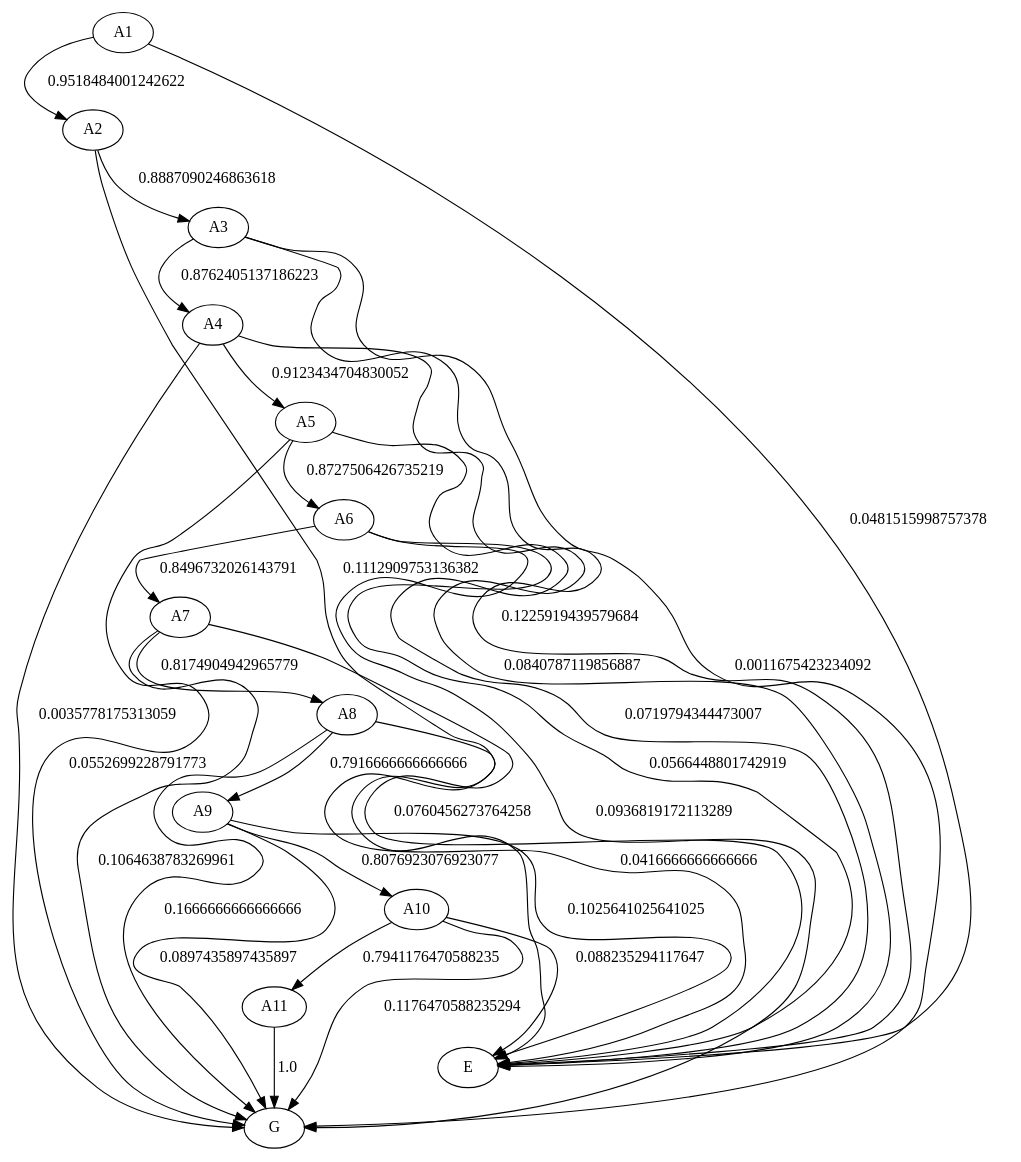
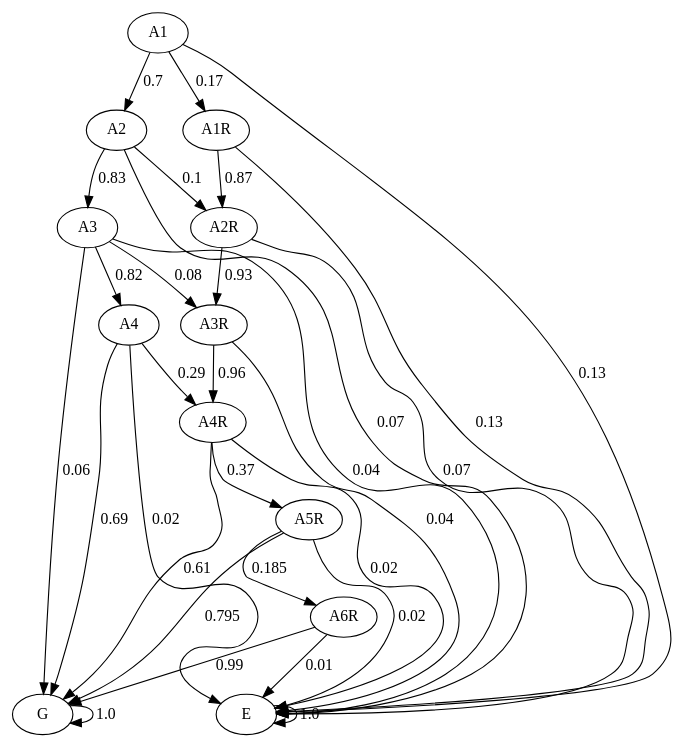
The diagram in graph/markov.dot (JulianaFerreira/educacao), drawn with Graphviz before and after one commit. The commit also changed 7 other files, not shown here.

```diff
--- a/graph/markov.dot
+++ b/graph/markov.dot
@@ -1,44 +1,43 @@
 digraph  {
 A1;
 A2;
 A3;
 A4;
-A5;
-A6;
-A7;
-A8;
-A9;
-A10;
-A11;
+A1R;
+A2R;
+A3R;
+A4R;
+A5R;
+A6R;
 G;
 E;
-A1 -> A2  [key=0, label="0.9518484001242622", weight="0.9518484001242622"];
-A1 -> E  [key=0, label="0.0481515998757378", weight="0.0481515998757378"];
-A2 -> A3  [key=0, label="0.8887090246863618", weight="0.8887090246863618"];
-A2 -> E  [key=0, label="0.1112909753136382", weight="0.1112909753136382"];
-A3 -> A4  [key=0, label="0.8762405137186223", weight="0.8762405137186223"];
-A3 -> G  [key=0, label="0.0011675423234092", weight="0.0011675423234092"];
-A3 -> E  [key=0, label="0.1225919439579684", weight="0.1225919439579684"];
-A4 -> A5  [key=0, label="0.9123434704830052", weight="0.9123434704830052"];
-A4 -> G  [key=0, label="0.0035778175313059", weight="0.0035778175313059"];
-A4 -> E  [key=0, label="0.0840787119856887", weight="0.0840787119856887"];
-A5 -> A6  [key=0, label="0.8727506426735219", weight="0.8727506426735219"];
-A5 -> G  [key=0, label="0.0552699228791773", weight="0.0552699228791773"];
-A5 -> E  [key=0, label="0.0719794344473007", weight="0.0719794344473007"];
-A6 -> A7  [key=0, label="0.8496732026143791", weight="0.8496732026143791"];
-A6 -> G  [key=0, label="0.0936819172113289", weight="0.0936819172113289"];
-A6 -> E  [key=0, label="0.0566448801742919", weight="0.0566448801742919"];
-A7 -> A8  [key=0, label="0.8174904942965779", weight="0.8174904942965779"];
-A7 -> G  [key=0, label="0.1064638783269961", weight="0.1064638783269961"];
-A7 -> E  [key=0, label="0.0760456273764258", weight="0.0760456273764258"];
-A8 -> A9  [key=0, label="0.7916666666666666", weight="0.7916666666666666"];
-A8 -> G  [key=0, label="0.1666666666666666", weight="0.1666666666666666"];
-A8 -> E  [key=0, label="0.0416666666666666", weight="0.0416666666666666"];
-A9 -> A10  [key=0, label="0.8076923076923077", weight="0.8076923076923077"];
-A9 -> G  [key=0, label="0.0897435897435897", weight="0.0897435897435897"];
-A9 -> E  [key=0, label="0.1025641025641025", weight="0.1025641025641025"];
-A10 -> A11  [key=0, label="0.7941176470588235", weight="0.7941176470588235"];
-A10 -> G  [key=0, label="0.1176470588235294", weight="0.1176470588235294"];
-A10 -> E  [key=0, label="0.088235294117647", weight="0.088235294117647"];
-A11 -> G  [key=0, label="1.0", weight="1.0"];
+A1 -> A2  [key=0, label="0.7", weight="0.7"];
+A1 -> A1R  [key=0, label="0.17", weight="0.17"];
+A1 -> E  [key=0, label="0.13", weight="0.13"];
+A2 -> A3  [key=0, label="0.83", weight="0.83"];
+A2 -> A2R  [key=0, label="0.1", weight="0.1"];
+A2 -> E  [key=0, label="0.07", weight="0.07"];
+A3 -> A4  [key=0, label="0.82", weight="0.82"];
+A3 -> A3R  [key=0, label="0.08", weight="0.08"];
+A3 -> G  [key=0, label="0.06", weight="0.06"];
+A3 -> E  [key=0, label="0.04", weight="0.04"];
+A4 -> A4R  [key=0, label="0.29", weight="0.29"];
+A4 -> G  [key=0, label="0.69", weight="0.69"];
+A4 -> E  [key=0, label="0.02", weight="0.02"];
+A1R -> A2R  [key=0, label="0.87", weight="0.87"];
+A1R -> E  [key=0, label="0.13", weight="0.13"];
+A2R -> A3R  [key=0, label="0.93", weight="0.93"];
+A2R -> E  [key=0, label="0.07", weight="0.07"];
+A3R -> A4R  [key=0, label="0.96", weight="0.96"];
+A3R -> E  [key=0, label="0.04", weight="0.04"];
+A4R -> A5R  [key=0, label="0.37", weight="0.37"];
+A4R -> G  [key=0, label="0.61", weight="0.61"];
+A4R -> E  [key=0, label="0.02", weight="0.02"];
+A5R -> A6R  [key=0, label="0.185", weight="0.185"];
+A5R -> G  [key=0, label="0.795", weight="0.795"];
+A5R -> E  [key=0, label="0.02", weight="0.02"];
+A6R -> G  [key=0, label="0.99", weight="0.99"];
+A6R -> E  [key=0, label="0.01", weight="0.01"];
+G -> G  [key=0, label="1.0", weight="1.0"];
+E -> E  [key=0, label="1.0", weight="1.0"];
 }
```
